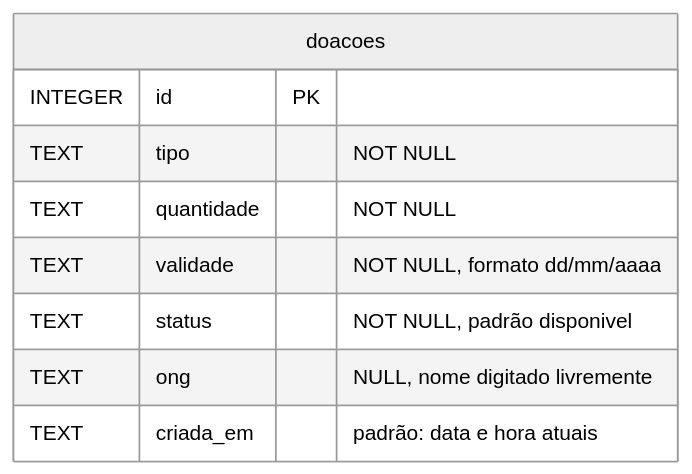
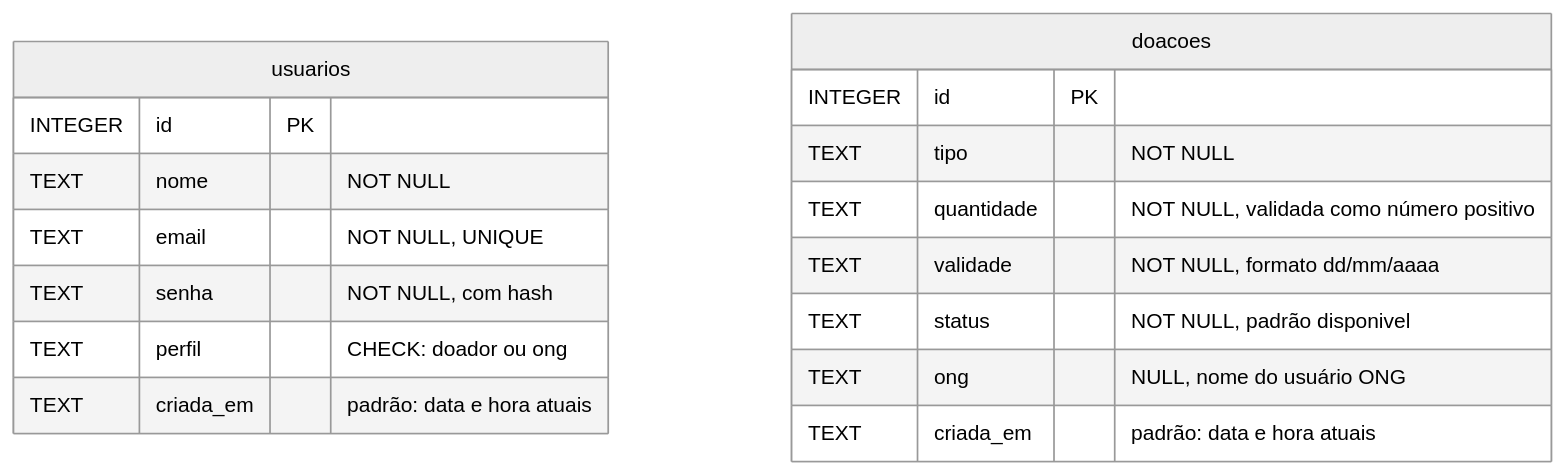
The third of 3 diagrams in docs/diagramas-atividade.md (HeloisaRebello17/g1126-prato-cheio), drawn with Mermaid (neutral theme) before and after one commit. The commit also changed other lines of this file and 1 other file, not shown here.

Commit message:
realizado mais ajustes que precisava no diagramas.

````diff
--- a/docs/diagramas-atividade.md
+++ b/docs/diagramas-atividade.md
@@ -243,12 +254,20 @@
 ```mermaid
 erDiagram
+    usuarios {
+        INTEGER id PK
+        TEXT nome "NOT NULL"
+        TEXT email "NOT NULL, UNIQUE"
+        TEXT senha "NOT NULL, com hash"
+        TEXT perfil "CHECK: doador ou ong"
+        TEXT criada_em "padrão: data e hora atuais"
+    }
     doacoes {
         INTEGER id PK
         TEXT tipo "NOT NULL"
-        TEXT quantidade "NOT NULL"
+        TEXT quantidade "NOT NULL, validada como número positivo"
         TEXT validade "NOT NULL, formato dd/mm/aaaa"
         TEXT status "NOT NULL, padrão disponivel"
-        TEXT ong "NULL, nome digitado livremente"
+        TEXT ong "NULL, nome do usuário ONG"
         TEXT criada_em "padrão: data e hora atuais"
     }
 ```
````
